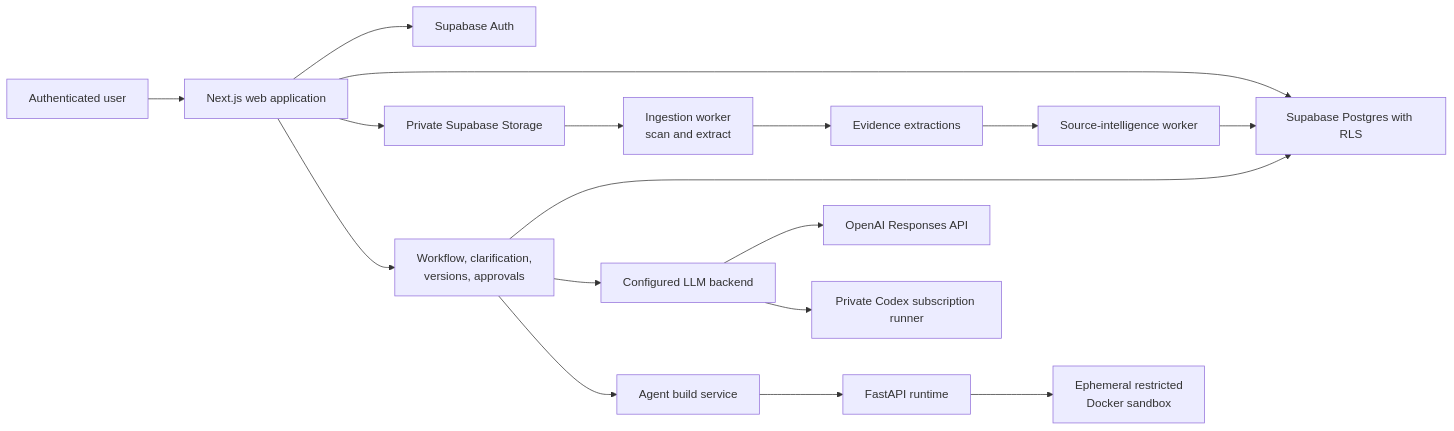
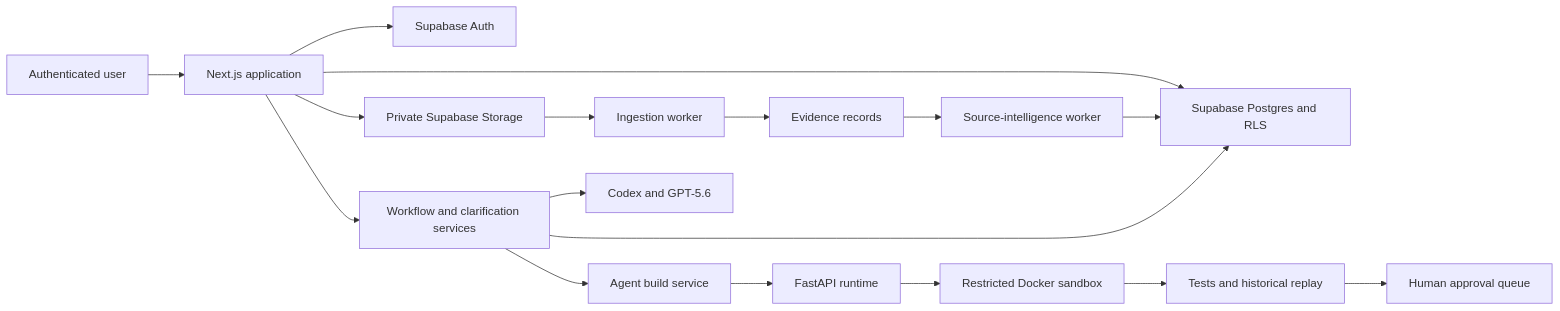
One commit to Naazimsnh02/Tacit changed the diagram in README.md. Above: the diagram before and after it, drawn with Mermaid. The commit also changed other lines of this file and 1 other file, not shown here.

````diff
--- a/README.md
+++ b/README.md
@@ -249,22 +339,24 @@
 ```mermaid
 flowchart LR
-  U[Authenticated user] --> W[Next.js web application]
-  W --> A[Supabase Auth]
-  W --> P[Supabase Postgres with RLS]
-  W --> S[Private Supabase Storage]
+    U[Authenticated user] --> W[Next.js application]
 
-  S --> I[Ingestion worker\nscan and extract]
-  I --> E[Evidence extractions]
-  E --> X[Source-intelligence worker]
-  X --> P
+    W --> A[Supabase Auth]
+    W --> P[Supabase Postgres and RLS]
+    W --> S[Private Supabase Storage]
 
-  W --> F[Workflow, clarification,\nversions, approvals]
-  F --> P
-  F --> L[Configured LLM backend]
-  L --> O[OpenAI Responses API]
-  L --> C[Private Codex subscription runner]
+    S --> I[Ingestion worker]
+    I --> E[Evidence records]
+    E --> X[Source-intelligence worker]
+    X --> P
 
-  F --> B[Agent build service]
-  B --> R[FastAPI runtime]
-  R --> D[Ephemeral restricted\nDocker sandbox]
+    W --> F[Workflow and clarification services]
+    F --> M[Codex and GPT-5.6]
+    F --> P
+
+    F --> B[Agent build service]
+    B --> R[FastAPI runtime]
+    R --> D[Restricted Docker sandbox]
+
+    D --> T[Tests and historical replay]
+    T --> H[Human approval queue]
 ```
````
